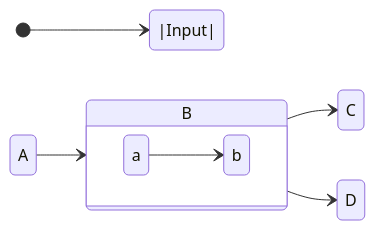
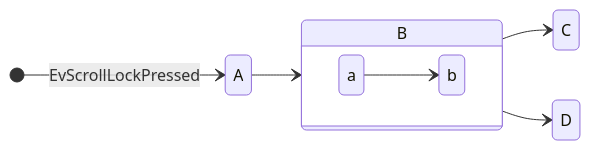
One commit to setrar/dsp changed the third of 3 diagrams in plan/README.md. Above: the diagram before and after it, drawn with Mermaid.

````diff
--- a/plan/README.md
+++ b/plan/README.md
@@ -28,12 +28,12 @@
 ```mermaid
 stateDiagram
     direction LR
-    [*] -->|Input| A
+    [*] --> A : EvScrollLockPressed
     A --> B
     B --> C
     state B {
       direction LR
       a --> b
     }
     B --> D
 ```
````
